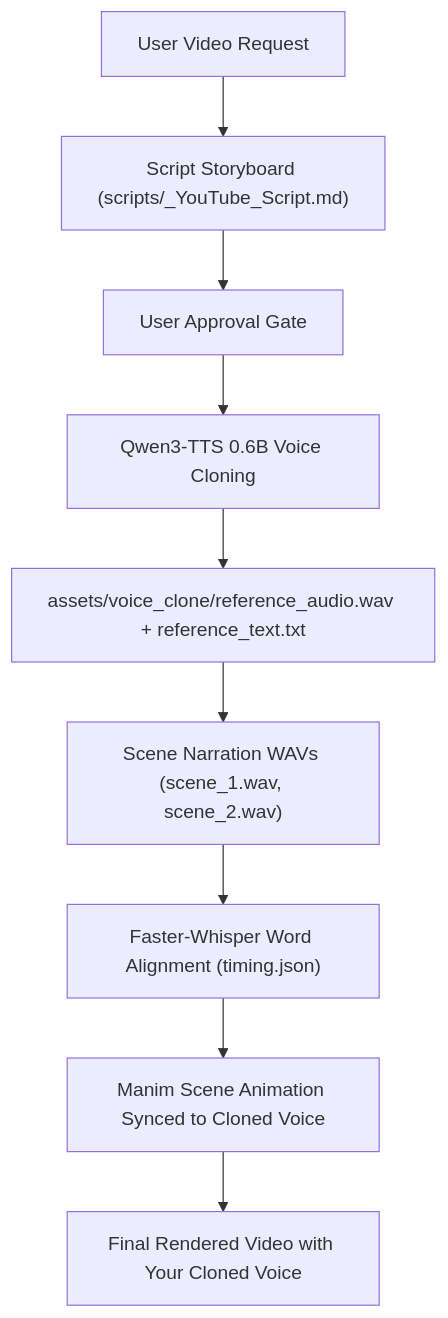
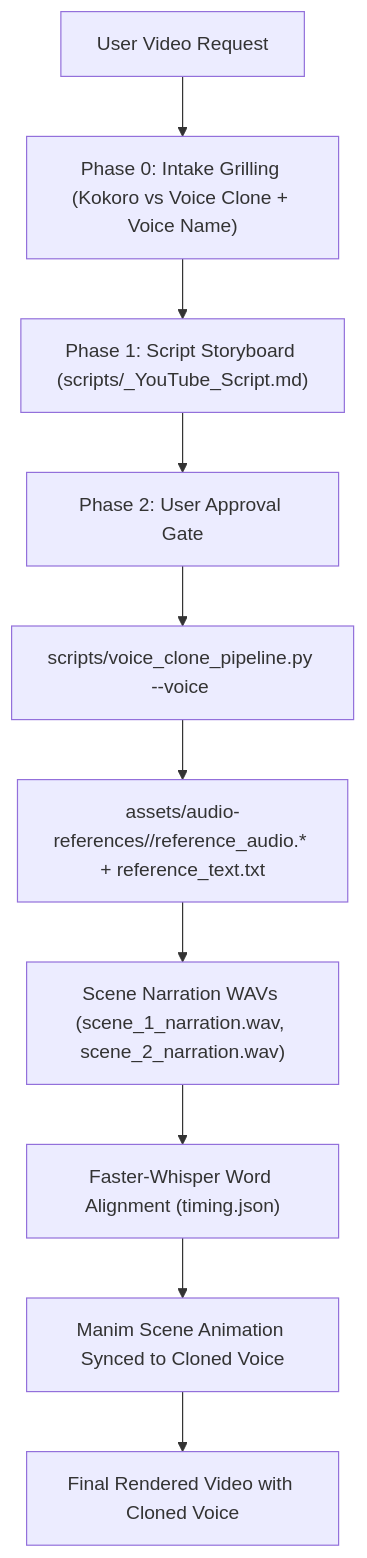
The diagram in references/voice_cloning_qwen3.md (Kasa-Harendra/manim-skill), drawn with Mermaid before and after one commit. The commit also changed other lines of this file and 8 other files, not shown here.

First line of the commit message:
feat(audio): relocate voice clone pipeline to scripts and add multi-profile voice selection

````diff
--- a/references/voice_cloning_qwen3.md
+++ b/references/voice_cloning_qwen3.md
@@ -35,11 +52,12 @@
 ```mermaid
 flowchart TD
-    A["User Video Request"] --> B["Script Storyboard (scripts/<Topic>_YouTube_Script.md)"]
-    B --> C["User Approval Gate"]
-    C --> D["Qwen3-TTS 0.6B Voice Cloning"]
-    D --> E["assets/voice_clone/reference_audio.wav + reference_text.txt"]
-    E --> F["Scene Narration WAVs (scene_1.wav, scene_2.wav)"]
-    F --> G["Faster-Whisper Word Alignment (timing.json)"]
-    G --> H["Manim Scene Animation Synced to Cloned Voice"]
-    H --> I["Final Rendered Video with Your Cloned Voice"]
+    A["User Video Request"] --> B["Phase 0: Intake Grilling (Kokoro vs Voice Clone + Voice Name)"]
+    B --> C["Phase 1: Script Storyboard (scripts/<Topic>_YouTube_Script.md)"]
+    C --> D["Phase 2: User Approval Gate"]
+    D --> E["scripts/voice_clone_pipeline.py --voice <voice_name>"]
+    E --> F["assets/audio-references/<voice_name>/reference_audio.* + reference_text.txt"]
+    F --> G["Scene Narration WAVs (scene_1_narration.wav, scene_2_narration.wav)"]
+    G --> H["Faster-Whisper Word Alignment (timing.json)"]
+    H --> I["Manim Scene Animation Synced to Cloned Voice"]
+    I --> J["Final Rendered Video with Cloned Voice"]
 ```
````
